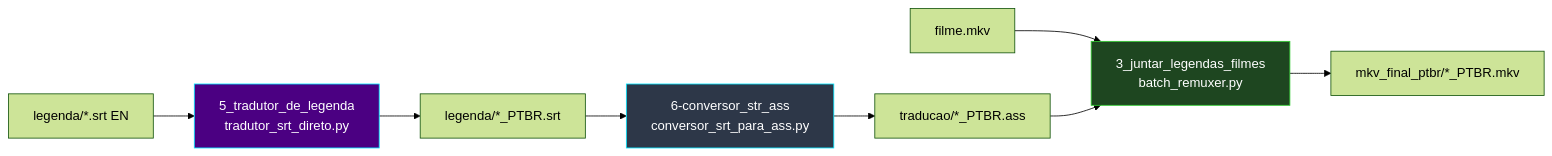
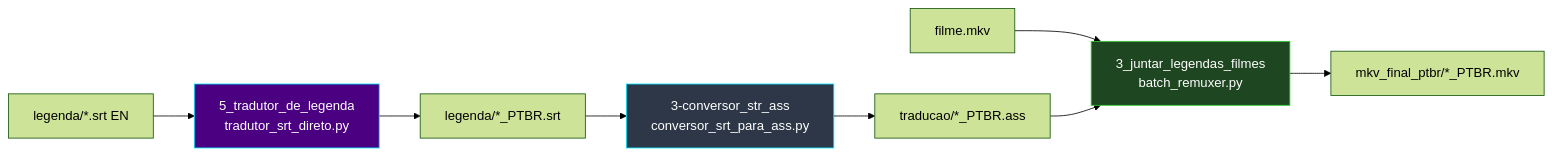
Before and after one commit to carmipa/projeto-tracker-animes-traducao: the diagram in docs/pipeline-srt.md, drawn with Mermaid (forest theme). The commit also changed other lines of this file and 19 other files, not shown here.

Commit message:
feat: implement conversion pipeline from SRT to ASS with documentation and structural reorganization

````diff
--- a/docs/pipeline-srt.md
+++ b/docs/pipeline-srt.md
@@ -21,14 +21,14 @@
 ```mermaid
 flowchart LR
     SRT["legenda/*.srt EN"] --> P5["5_tradutor_de_legenda<br/>tradutor_srt_direto.py"]
     P5 --> SRTPT["legenda/*_PTBR.srt"]
-    SRTPT --> P6["6-conversor_str_ass<br/>conversor_srt_para_ass.py"]
+    SRTPT --> P6["3-conversor_str_ass<br/>conversor_srt_para_ass.py"]
     P6 --> ASS["traducao/*_PTBR.ass"]
     MKV["filme.mkv"] --> P2["3_juntar_legendas_filmes<br/>batch_remuxer.py"]
     ASS --> P2
     P2 --> OUT["mkv_final_ptbr/*_PTBR.mkv"]
 
     style P5 fill:#4B0082,stroke:#00E5FF,color:#fff
     style P6 fill:#2d3748,stroke:#00E5FF,color:#fff
     style P2 fill:#1e4620,stroke:#32CD32,color:#fff
 ```
````
